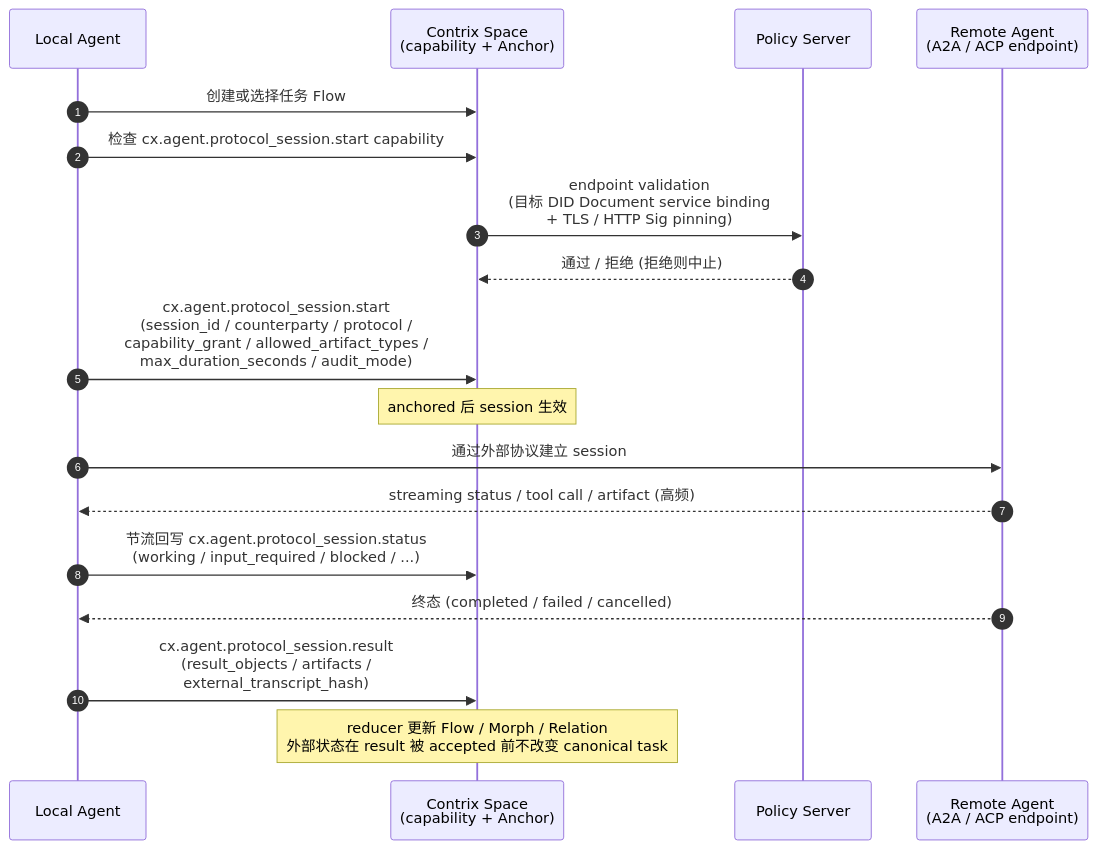
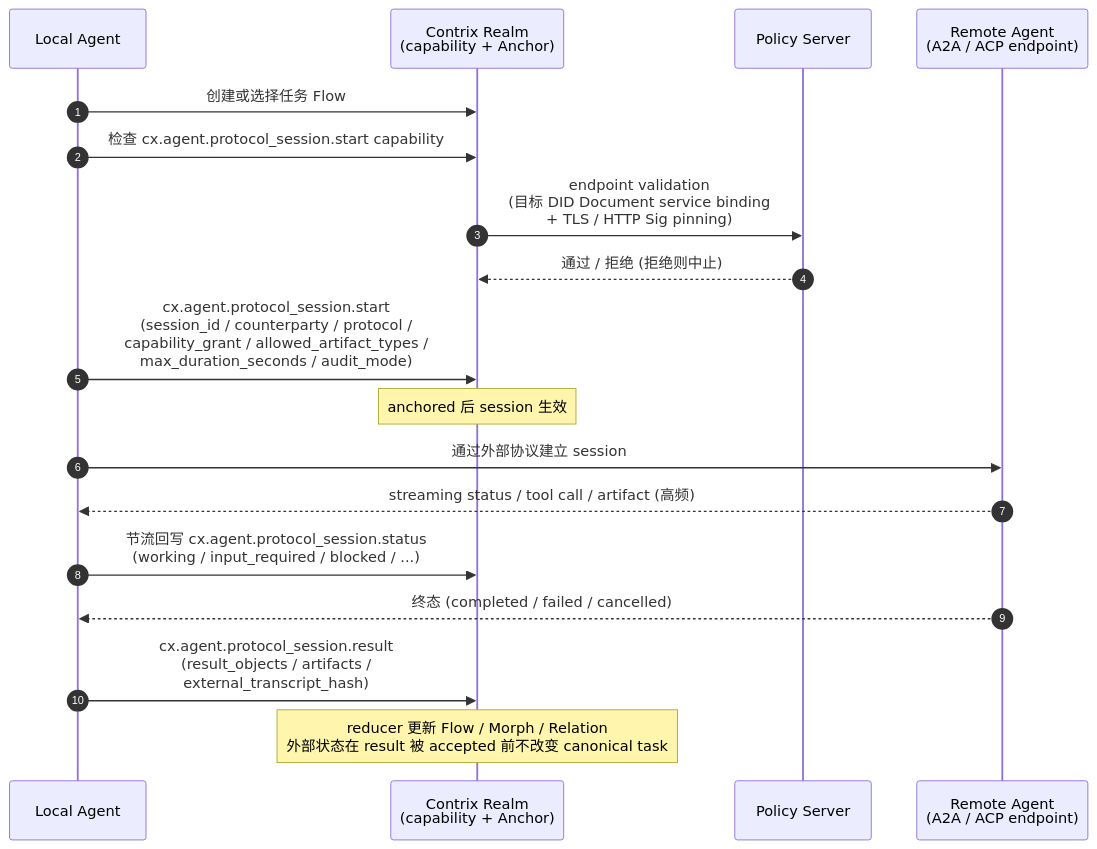
The diagram in spec/v1/zh/extensions/agent-protocol-interop.md (arkret-org/arkret-spec), drawn with Mermaid before and after one commit. The commit also changed other lines of this file and 162 other files, not shown here.

Commit message:
Rework Realm and Space boundaries

````diff
--- a/spec/v1/zh/extensions/agent-protocol-interop.md
+++ b/spec/v1/zh/extensions/agent-protocol-interop.md
@@ -204,23 +204,23 @@
 ```mermaid
 sequenceDiagram
     autonumber
     participant LocalAg as Local Agent
-    participant Cx as Contrix Space<br>(capability + Anchor)
+    participant Cx as Contrix Realm<br>(capability + Anchor)
     participant Pol as Policy Server
     participant Remote as Remote Agent<br>(A2A / ACP endpoint)
 
     LocalAg->>Cx: 创建或选择任务 Flow
     LocalAg->>Cx: 检查 cx.agent.protocol_session.start capability
     Cx->>Pol: endpoint validation<br>(目标 DID Document service binding<br> + TLS / HTTP Sig pinning)
     Pol-->>Cx: 通过 / 拒绝 (拒绝则中止)
     LocalAg->>Cx: cx.agent.protocol_session.start<br>(session_id / counterparty / protocol /<br> capability_grant / allowed_artifact_types /<br> max_duration_seconds / audit_mode)
     note over Cx: anchored 后 session 生效
 
     LocalAg->>Remote: 通过外部协议建立 session
     Remote-->>LocalAg: streaming status / tool call / artifact (高频)
     LocalAg->>Cx: 节流回写 cx.agent.protocol_session.status<br>(working / input_required / blocked / ...)
 
     Remote-->>LocalAg: 终态 (completed / failed / cancelled)
     LocalAg->>Cx: cx.agent.protocol_session.result<br>(result_objects / artifacts /<br> external_transcript_hash)
     note over Cx: reducer 更新 Flow / Morph / Relation<br>外部状态在 result 被 accepted 前不改变 canonical task
 ```
````
